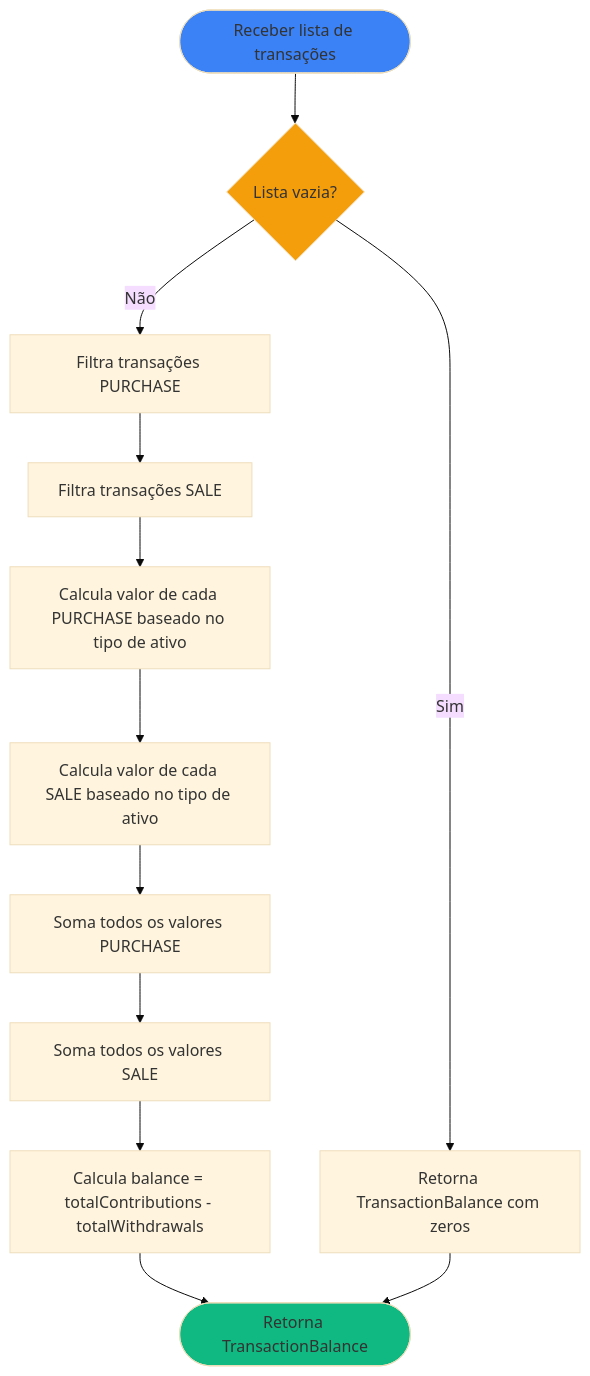
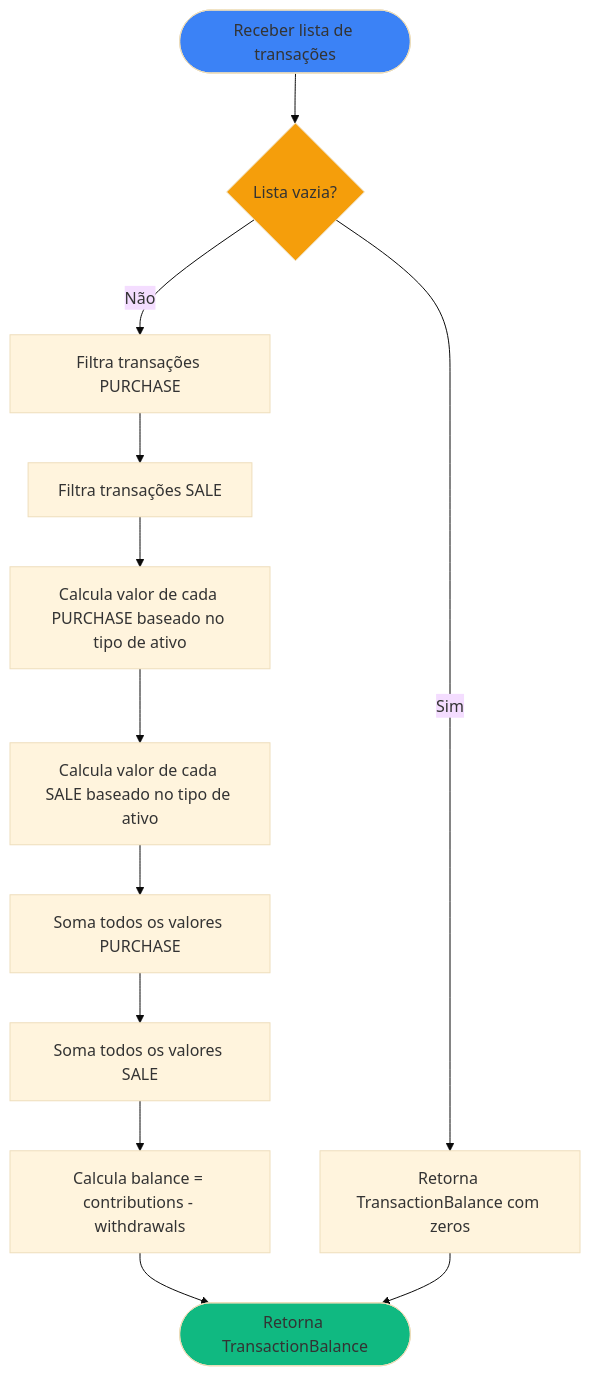
The diagram in docs/rules/RN - Calcular Balanço de Transações.md (enirsilvaferraz/Investments-KMP), drawn with Mermaid (base theme) before and after one commit. The commit also changed other lines of this file and 12 other files, not shown here.

````diff
--- a/docs/rules/RN - Calcular Balanço de Transações.md
+++ b/docs/rules/RN - Calcular Balanço de Transações.md
@@ -77,17 +78,17 @@
 ```mermaid
 flowchart TD
     Start([Receber lista de transações]) --> IsEmpty{Lista vazia?}
     IsEmpty -->|Sim| ReturnZero[Retorna TransactionBalance com zeros]
     IsEmpty -->|Não| FilterPurchase[Filtra transações PURCHASE]
     FilterPurchase --> FilterSale[Filtra transações SALE]
     FilterSale --> CalcPurchaseValues[Calcula valor de cada PURCHASE baseado no tipo de ativo]
     CalcPurchaseValues --> CalcSaleValues[Calcula valor de cada SALE baseado no tipo de ativo]
     CalcSaleValues --> SumPurchases[Soma todos os valores PURCHASE]
     SumPurchases --> SumSales[Soma todos os valores SALE]
-    SumSales --> CalcBalance[Calcula balance = totalContributions - totalWithdrawals]
+    SumSales --> CalcBalance[Calcula balance = contributions - withdrawals]
     CalcBalance --> Return([Retorna TransactionBalance])
     ReturnZero --> Return
     style Start fill: #3b82f6
     style Return fill: #10b981
     style IsEmpty fill: #f59e0b
 ```
````
